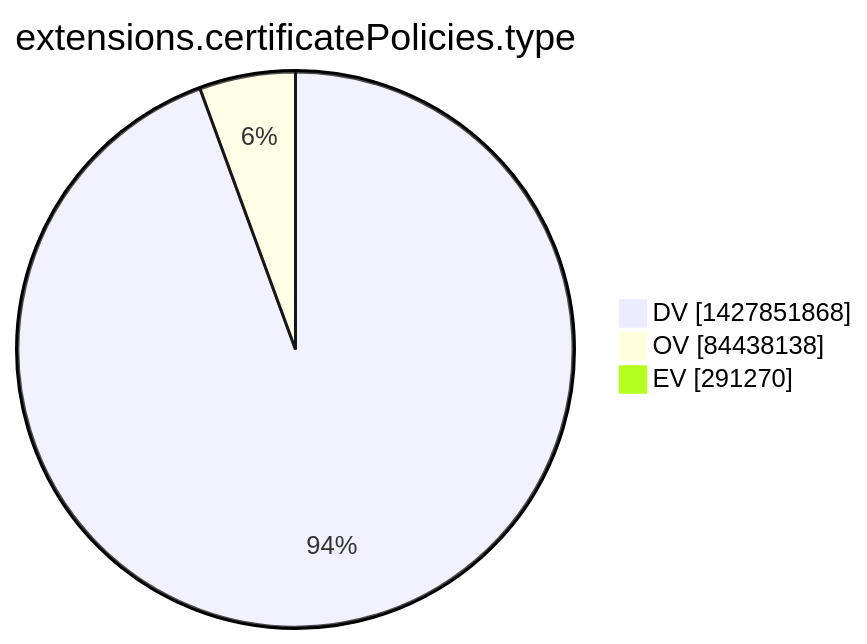
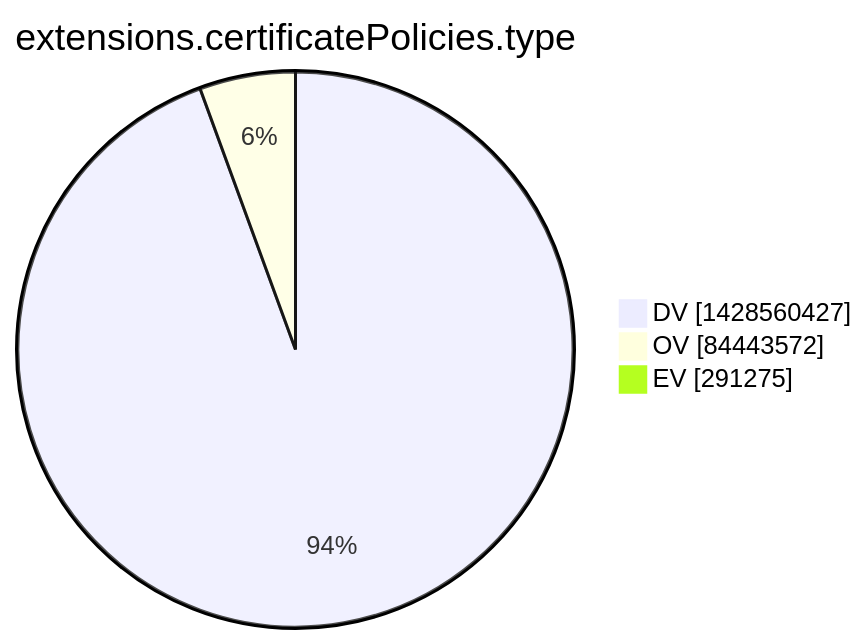
Before and after one commit to christiankrug/ctmonitor_visualization: the tenth of 15 diagrams in argon2022/README.md, drawn with Mermaid. The commit also changed other lines of this file, not shown here.

````diff
--- a/argon2022/README.md
+++ b/argon2022/README.md
@@ -2773,7 +2773,7 @@
 ```mermaid
 pie showData
 title extensions.certificatePolicies.type
-"DV" :1427851868
-"OV" :84438138
-"EV" :291270
+"DV" :1428560427
+"OV" :84443572
+"EV" :291275
 ```
````
